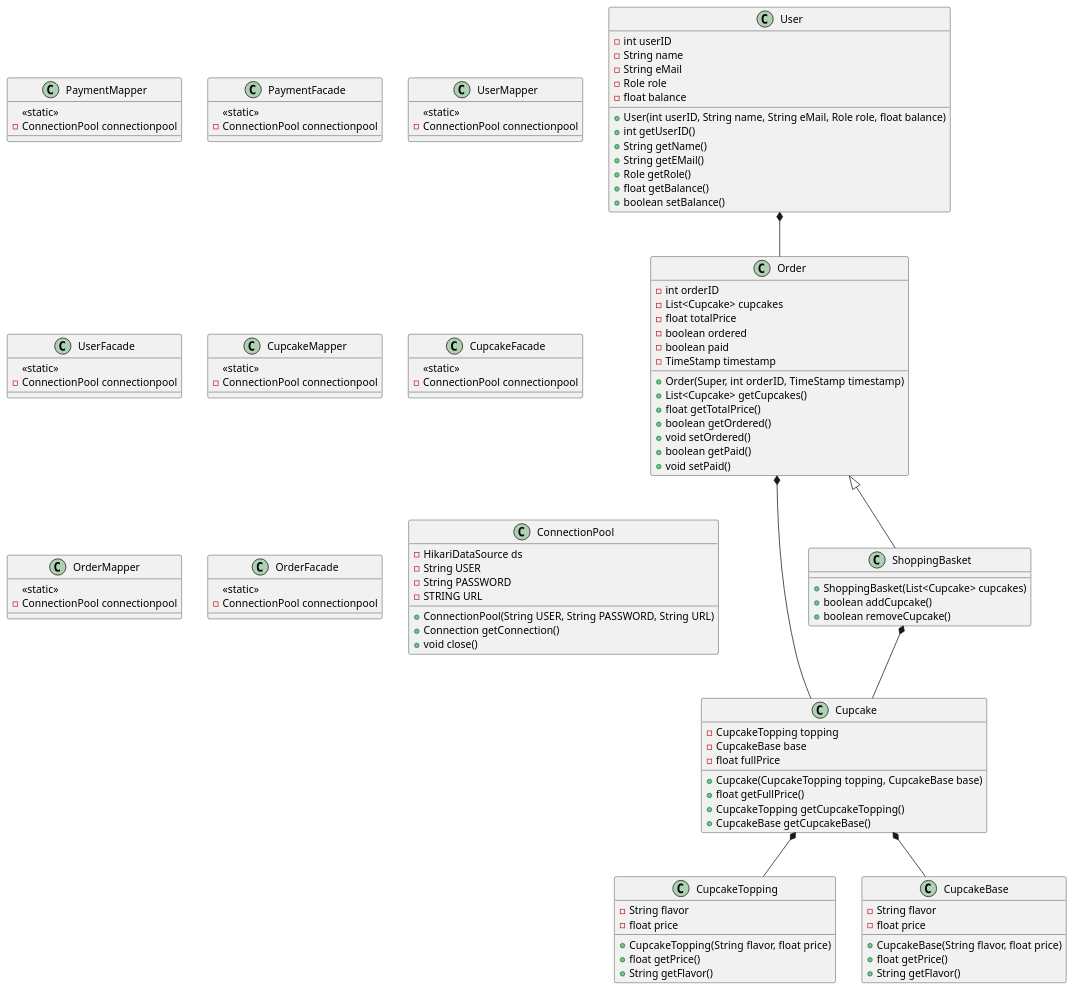
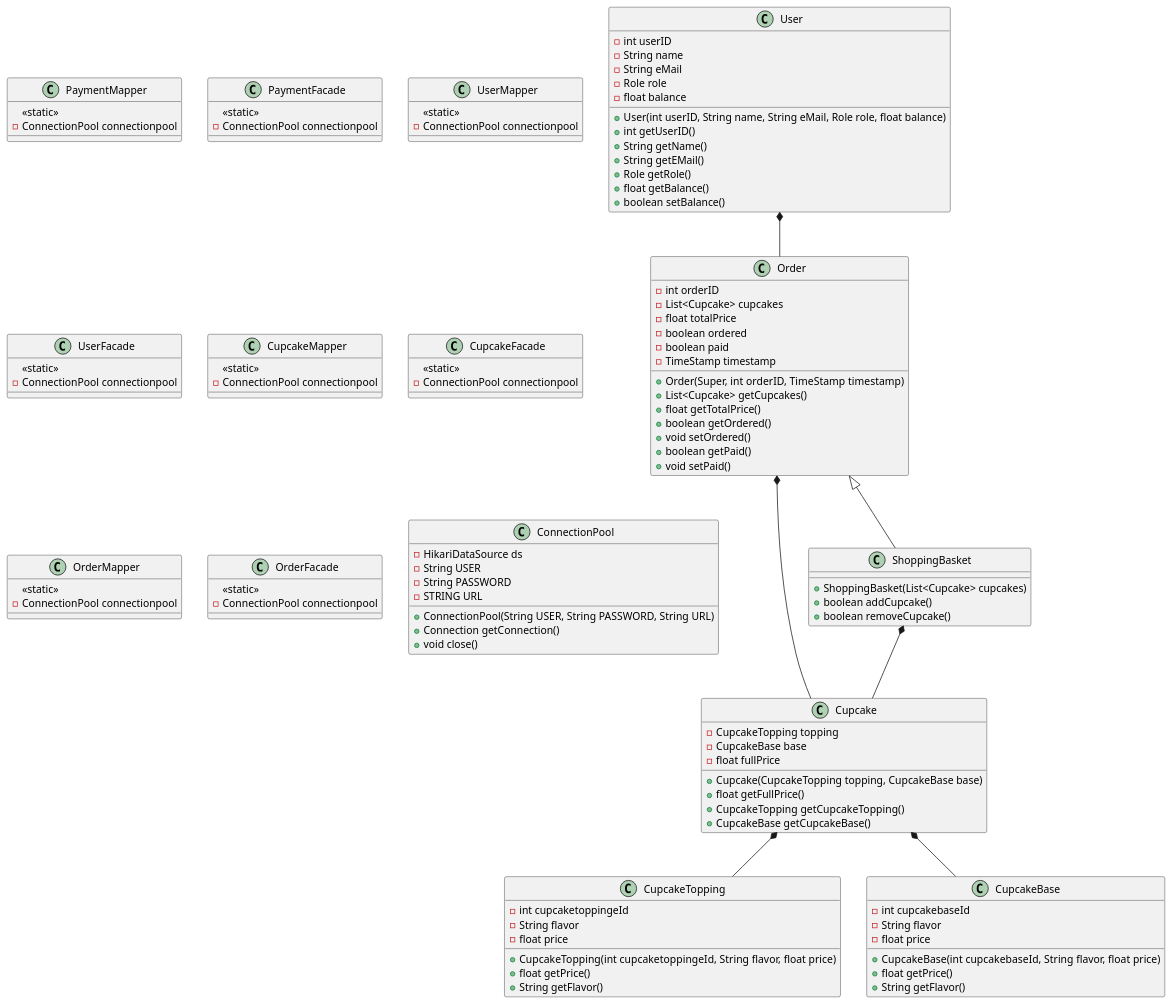
One commit to MrJustMeDahl/cupcake changed the diagram in documentation/UML/cupcakeClass.puml. Above: the diagram before and after it, drawn with PlantUML. The commit also changed 8 other files, not shown here.

```diff
--- a/documentation/UML/cupcakeClass.puml
+++ b/documentation/UML/cupcakeClass.puml
@@ -1,124 +1,126 @@
 @startuml
 'https://plantuml.com/class-diagram
 
 class Cupcake{
 - CupcakeTopping topping
 - CupcakeBase base
 - float fullPrice
 + Cupcake(CupcakeTopping topping, CupcakeBase base)
 + float getFullPrice()
 + CupcakeTopping getCupcakeTopping()
 + CupcakeBase getCupcakeBase()
 }
 
 class CupcakeTopping{
+- int cupcaketoppingeId
 - String flavor
 - float price
-+ CupcakeTopping(String flavor, float price)
++ CupcakeTopping(int cupcaketoppingeId, String flavor, float price)
 + float getPrice()
 + String getFlavor()
 }
 
 class CupcakeBase{
+- int cupcakebaseId
 - String flavor
 - float price
-+ CupcakeBase(String flavor, float price)
++ CupcakeBase(int cupcakebaseId, String flavor, float price)
 + float getPrice()
 + String getFlavor()
 }
 
 class User{
 - int userID
 - String name
 - String eMail
 - Role role
 - float balance
 + User(int userID, String name, String eMail, Role role, float balance)
 + int getUserID()
 + String getName()
 + String getEMail()
 + Role getRole()
 + float getBalance()
 + boolean setBalance()
 }
 
 class ShoppingBasket{
 + ShoppingBasket(List<Cupcake> cupcakes)
 + boolean addCupcake()
 + boolean removeCupcake()
 }
 
 class Order{
 - int orderID
 - List<Cupcake> cupcakes
 - float totalPrice
 - boolean ordered
 - boolean paid
 - TimeStamp timestamp
 + Order(Super, int orderID, TimeStamp timestamp)
 + List<Cupcake> getCupcakes()
 + float getTotalPrice()
 + boolean getOrdered()
 + void setOrdered()
 + boolean getPaid()
 + void setPaid()
 }
 
 static class PaymentMapper{
 <<static>>
 - ConnectionPool connectionpool
 }
 
 static class PaymentFacade{
 <<static>>
 - ConnectionPool connectionpool
 }
 
 class UserMapper{
 <<static>>
 - ConnectionPool connectionpool
 }
 
 class UserFacade{
 <<static>>
 - ConnectionPool connectionpool
 }
 
 class CupcakeMapper{
 <<static>>
 - ConnectionPool connectionpool
 }
 
 class CupcakeFacade{
 <<static>>
 - ConnectionPool connectionpool
 }
 
 class OrderMapper{
 <<static>>
 - ConnectionPool connectionpool
 }
 
 class OrderFacade{
 <<static>>
 - ConnectionPool connectionpool
 }
 
 class ConnectionPool{
 - HikariDataSource ds
 - String USER
 - String PASSWORD
 - STRING URL
 + ConnectionPool(String USER, String PASSWORD, String URL)
 + Connection getConnection()
 + void close()
 }
 
 User *-- Order
 Order <|-- ShoppingBasket
 Order *-- Cupcake
 ShoppingBasket *-- Cupcake
 Cupcake *-- CupcakeTopping
 Cupcake *-- CupcakeBase
 
 @enduml
```
